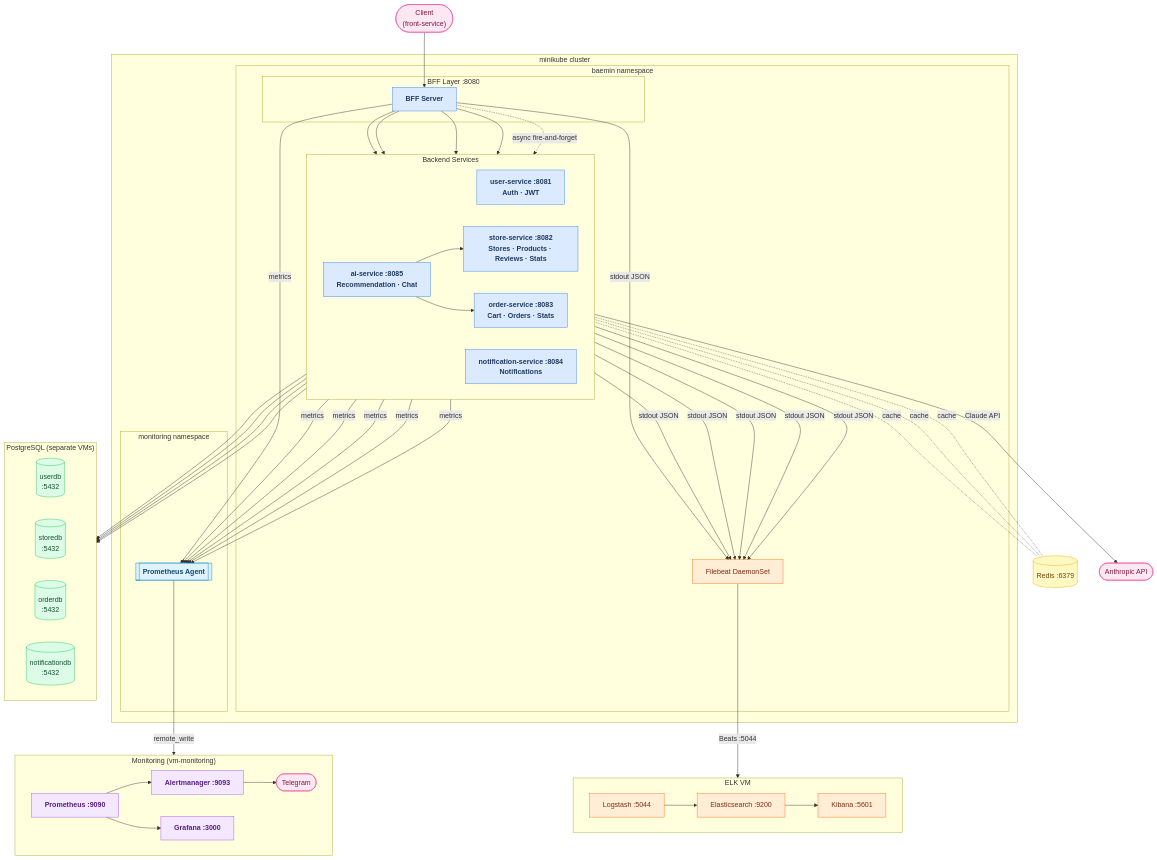
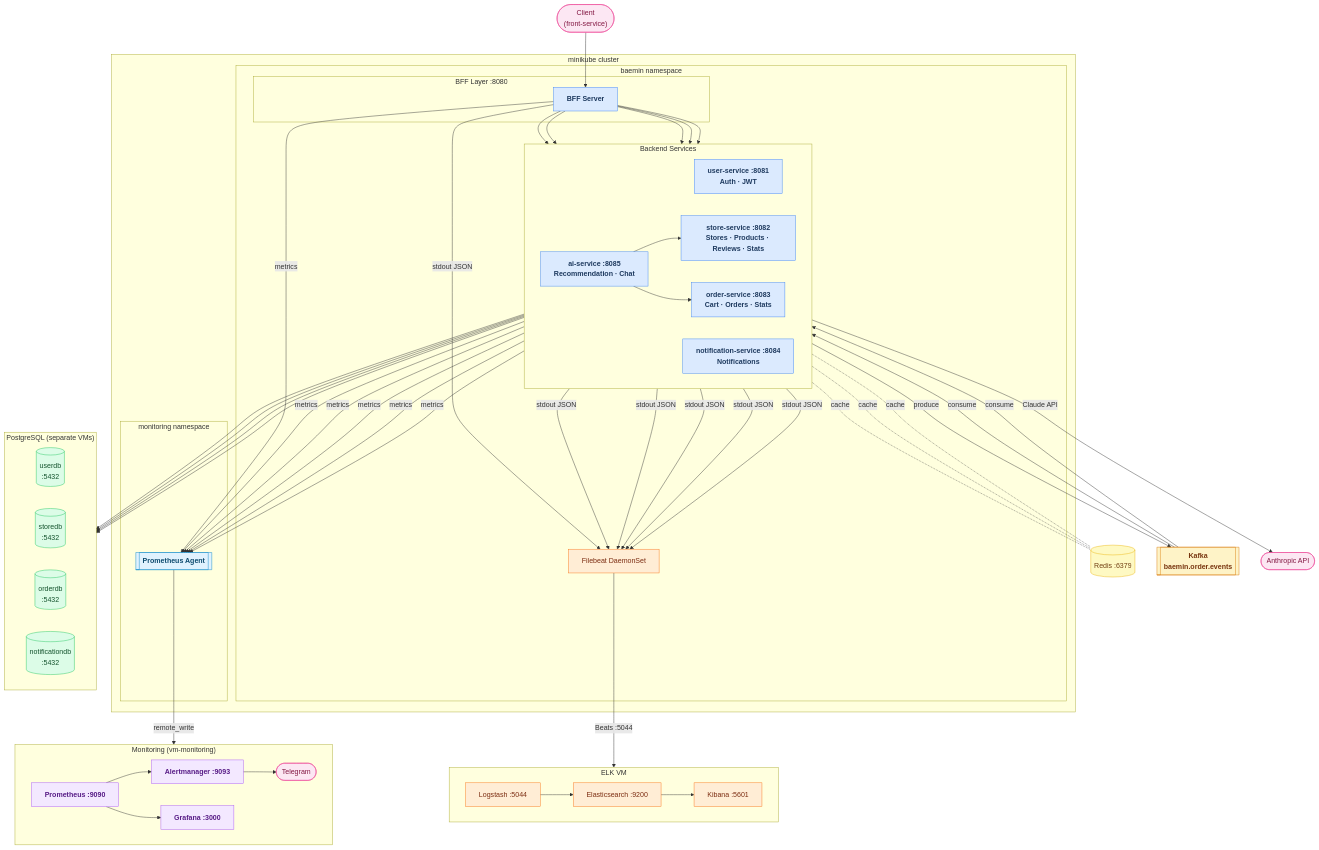
One commit to proLmpa/Deliprac changed the first of 7 diagrams in README.md. Above: the diagram before and after it, drawn with Mermaid. The commit also changed other lines of this file and 1 other file, not shown here.

```diff
--- a/README.md
+++ b/README.md
@@ -46,6 +46,7 @@
     end
 
     REDIS[("Redis :6379")]
+    KAFKA[["Kafka\nbaemin.order.events"]]
     ANTHROPIC(["Anthropic API"])
 
     %% ── External observability ───────────────────────────────────────────────
@@ -62,8 +63,11 @@
 
     %% ── Request flow ─────────────────────────────────────────────────────────
     CLIENT --> BFF
-    BFF --> US & SS & OS & AS
-    BFF -.->|async fire-and-forget| NS
+    BFF --> US & SS & OS & NS & AS
+
+    %% ── Event flow ───────────────────────────────────────────────────────────
+    OS -->|produce| KAFKA
+    KAFKA -->|consume| SS & NS
 
     %% ── Persistence flows ────────────────────────────────────────────────────
     US --> UD
@@ -90,10 +94,12 @@
     classDef log     fill:#ffedd5,stroke:#f97316,color:#7c2d12
     classDef ext     fill:#fce7f3,stroke:#ec4899,color:#831843
     classDef agent   fill:#e0f2fe,stroke:#0284c7,color:#0c4a6e,font-weight:bold
+    classDef queue   fill:#fef3c7,stroke:#d97706,color:#78350f,font-weight:bold
 
     class BFF,US,SS,OS,NS,AS svc
     class UD,SD,OD,ND db
     class REDIS cache
+    class KAFKA queue
     class PROM,ALERT,GRAFANA monitor
     class TG,ANTHROPIC,CLIENT ext
     class LS,ES,KB,FB log
```
